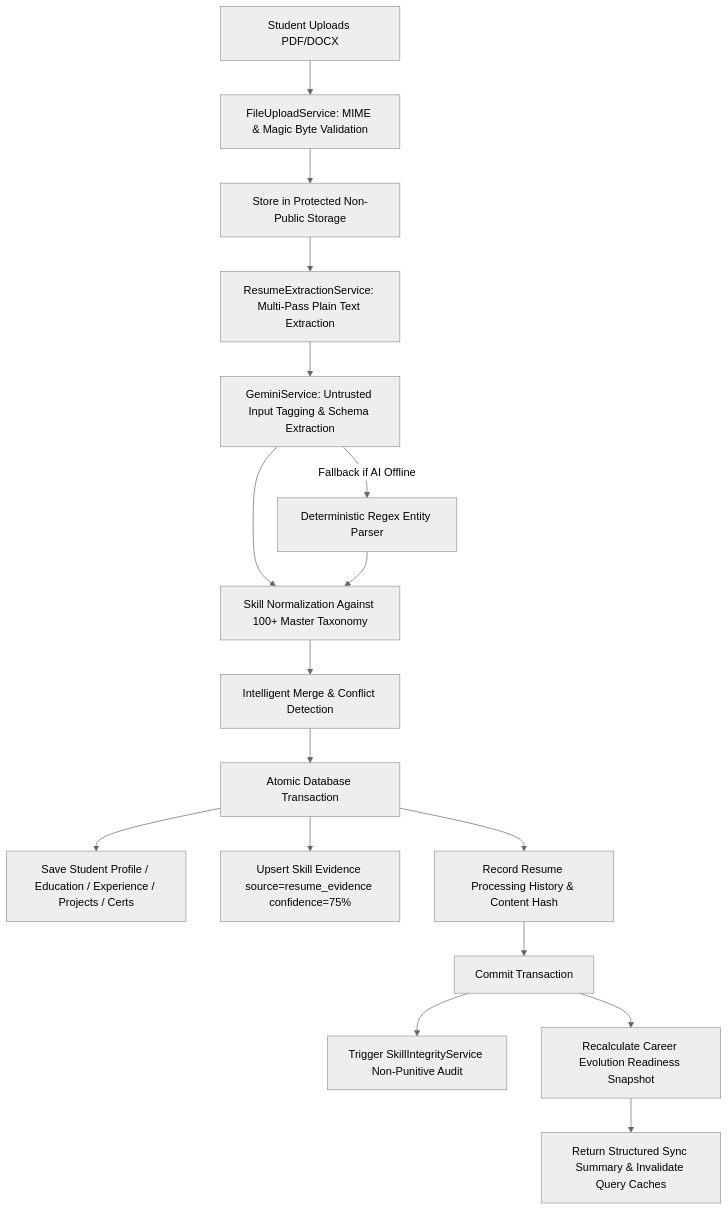
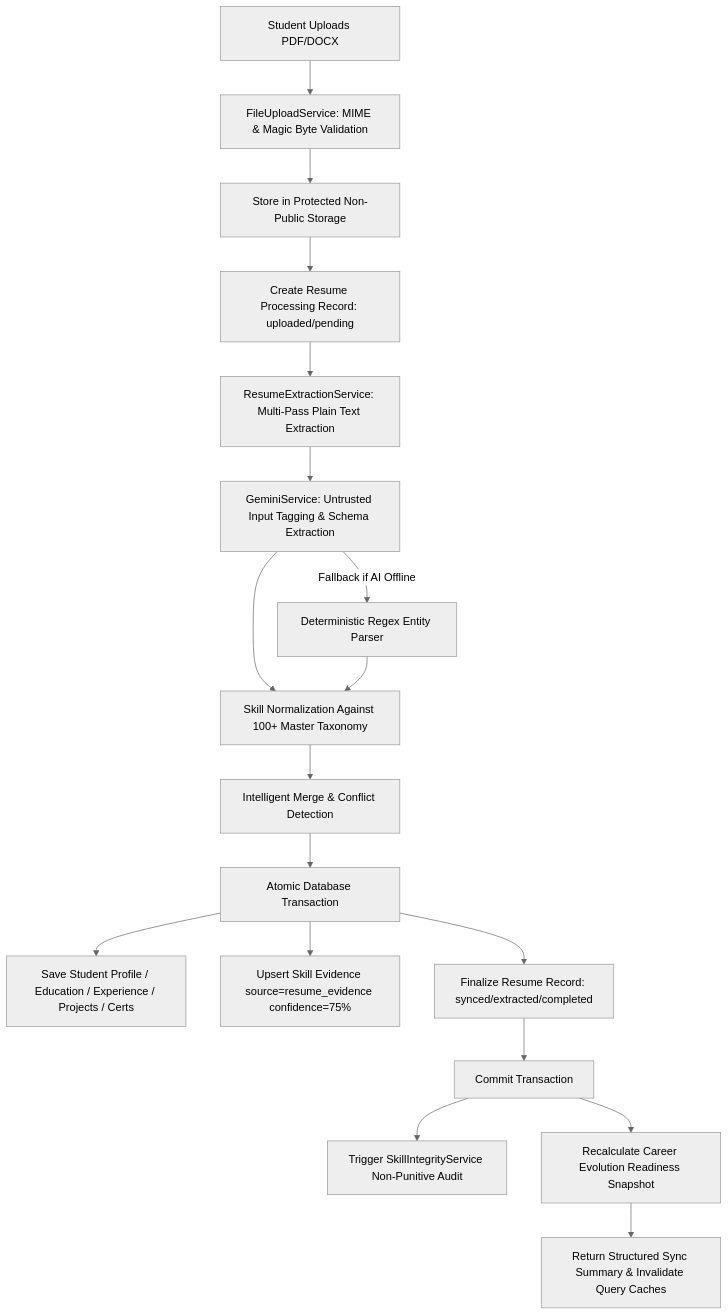
The diagram in AUDIT/RESUME_AUTO_SYNC_IMPLEMENTATION_REPORT.md (23CABSAKTHIRENGANATHANk/SKILLBRIDGE), drawn with Mermaid (neutral theme) before and after one commit. The commit also changed 3 other files, not shown here.

Commit message:
feat(resume): enhance resume processing with improved history tracking and error handling

````diff
--- a/AUDIT/RESUME_AUTO_SYNC_IMPLEMENTATION_REPORT.md
+++ b/AUDIT/RESUME_AUTO_SYNC_IMPLEMENTATION_REPORT.md
@@ -86,19 +86,20 @@
 ```mermaid
 flowchart TD
     A[Student Uploads PDF/DOCX] --> B[FileUploadService: MIME & Magic Byte Validation]
     B --> C[Store in Protected Non-Public Storage]
-    C --> D[ResumeExtractionService: Multi-Pass Plain Text Extraction]
-    D --> E[GeminiService: Untrusted Input Tagging & Schema Extraction]
-    E -->|Fallback if AI Offline| F[Deterministic Regex Entity Parser]
-    E --> G[Skill Normalization Against 100+ Master Taxonomy]
-    F --> G
-    G --> H[Intelligent Merge & Conflict Detection]
-    H --> I[Atomic Database Transaction]
-    I --> J[Save Student Profile / Education / Experience / Projects / Certs]
-    I --> K[Upsert Skill Evidence source=resume_evidence confidence=75%]
-    I --> L[Record Resume Processing History & Content Hash]
-    L --> M[Commit Transaction]
-    M --> N[Trigger SkillIntegrityService Non-Punitive Audit]
-    M --> O[Recalculate Career Evolution Readiness Snapshot]
-    O --> P[Return Structured Sync Summary & Invalidate Query Caches]
+    C --> D[Create Resume Processing Record: uploaded/pending]
+    D --> E[ResumeExtractionService: Multi-Pass Plain Text Extraction]
+    E --> F[GeminiService: Untrusted Input Tagging & Schema Extraction]
+    F -->|Fallback if AI Offline| G[Deterministic Regex Entity Parser]
+    F --> H[Skill Normalization Against 100+ Master Taxonomy]
+    G --> H
+    H --> I[Intelligent Merge & Conflict Detection]
+    I --> J[Atomic Database Transaction]
+    J --> K[Save Student Profile / Education / Experience / Projects / Certs]
+    J --> L[Upsert Skill Evidence source=resume_evidence confidence=75%]
+    J --> M[Finalize Resume Record: synced/extracted/completed]
+    M --> N[Commit Transaction]
+    N --> O[Trigger SkillIntegrityService Non-Punitive Audit]
+    N --> P[Recalculate Career Evolution Readiness Snapshot]
+    P --> Q[Return Structured Sync Summary & Invalidate Query Caches]
 ```
````
